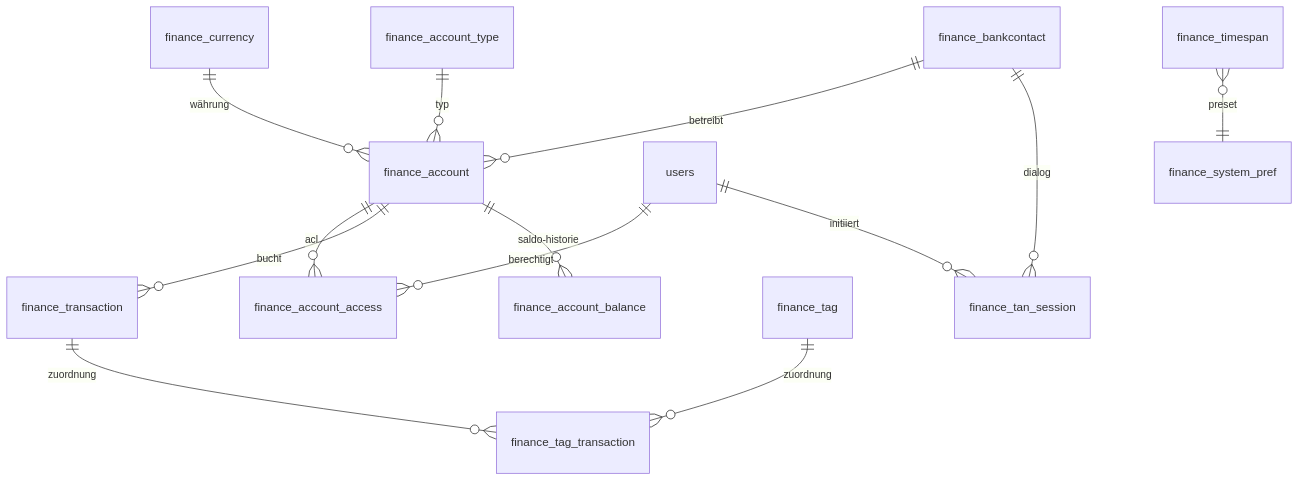
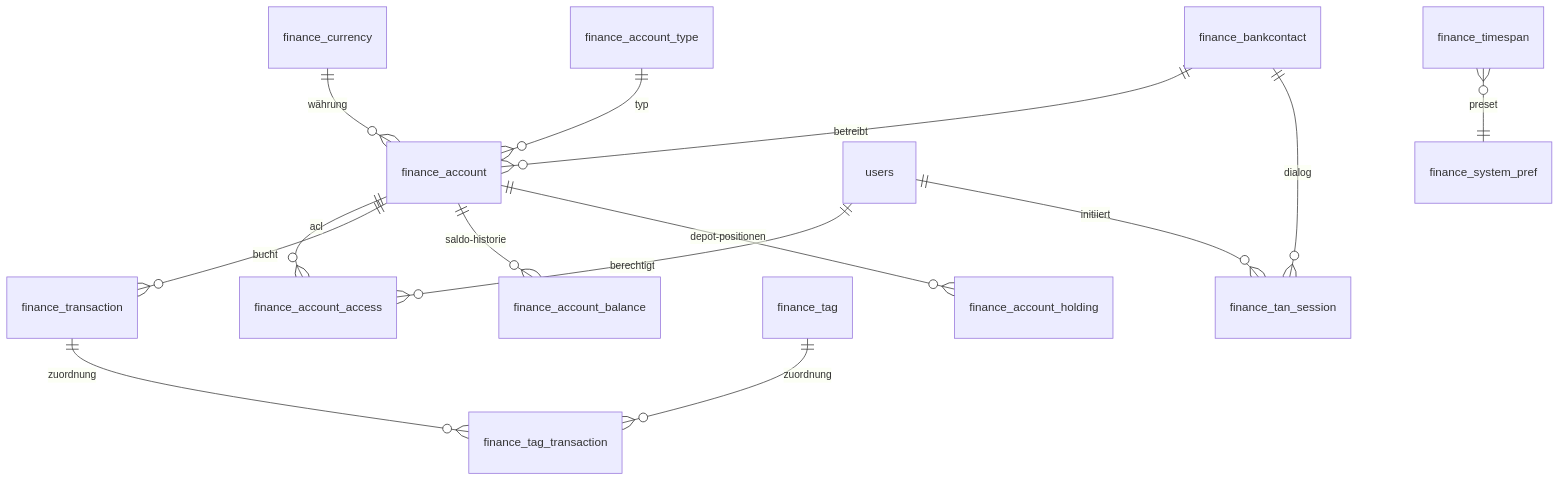
Before and after one commit to as19git67/fk-encore: the diagram in docs/finance-data-model.md, drawn with Mermaid. The commit also changed other lines of this file and 4 other files, not shown here.

First line of the commit message:
docs: update finance docs for depot holdings persistence (#429)

````diff
--- a/docs/finance-data-model.md
+++ b/docs/finance-data-model.md
@@ -14,15 +14,16 @@
 ```mermaid
 erDiagram
     finance_currency ||--o{ finance_account : "währung"
     finance_account_type ||--o{ finance_account : "typ"
     finance_bankcontact ||--o{ finance_account : "betreibt"
     finance_account ||--o{ finance_account_access : "acl"
     finance_account ||--o{ finance_transaction : "bucht"
     finance_account ||--o{ finance_account_balance : "saldo-historie"
     finance_transaction ||--o{ finance_tag_transaction : "zuordnung"
     finance_tag ||--o{ finance_tag_transaction : "zuordnung"
+    finance_account ||--o{ finance_account_holding : "depot-positionen"
     finance_bankcontact ||--o{ finance_tan_session : "dialog"
     users ||--o{ finance_account_access : "berechtigt"
     users ||--o{ finance_tan_session : "initiiert"
     finance_timespan }o--|| finance_system_pref : "preset"
 ```
````
